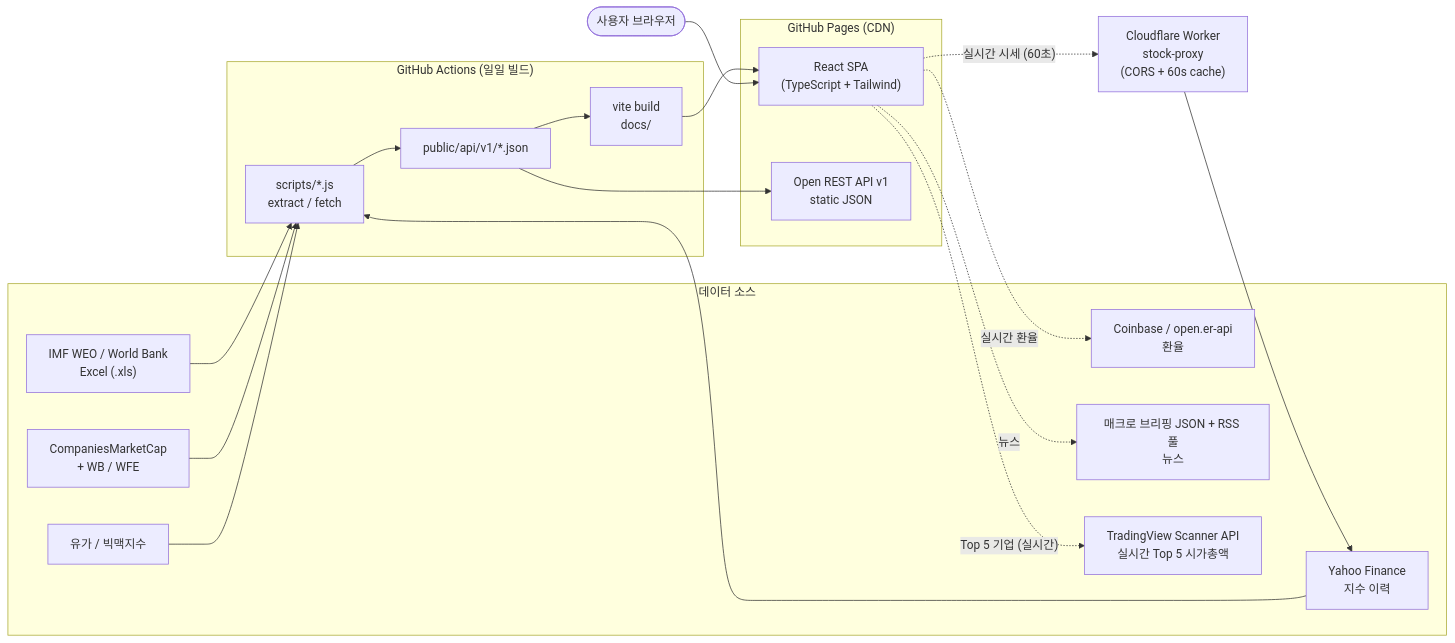
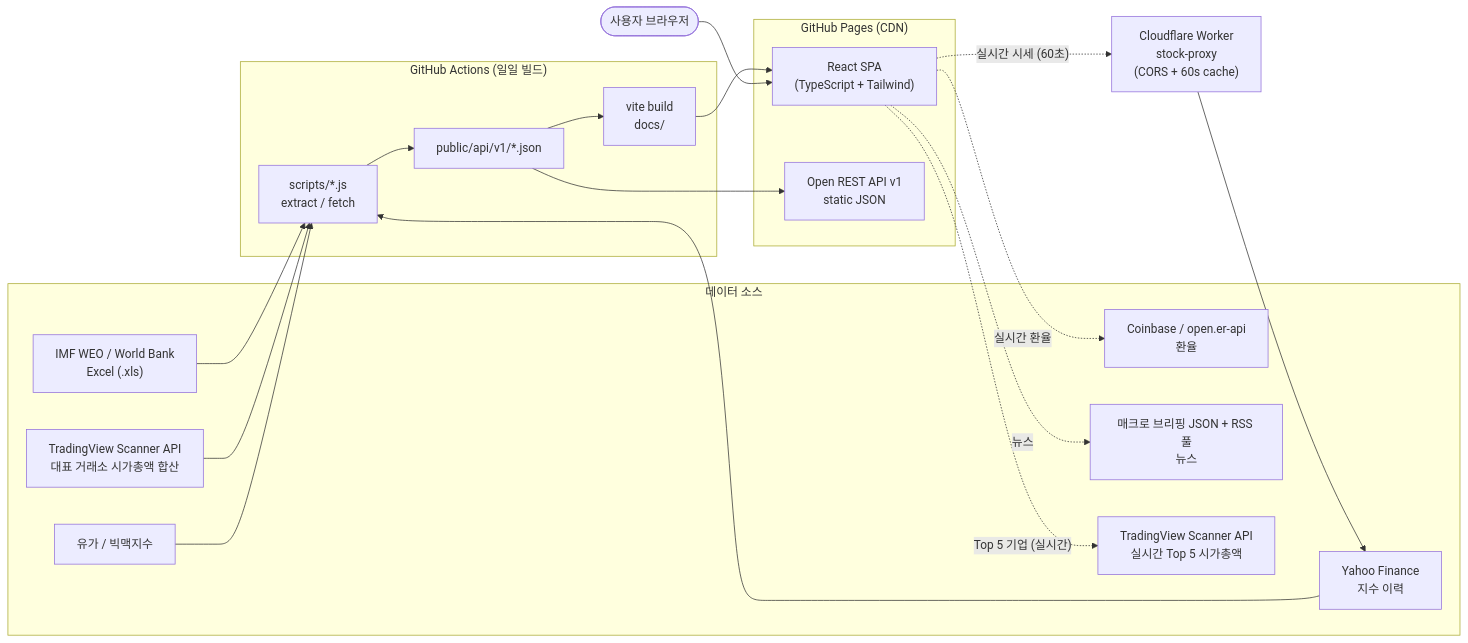
One commit to silverogic/geonomics changed the diagram in README.ko.md. Above: the diagram before and after it, drawn with Mermaid. The commit also changed other lines of this file and 6 other files, not shown here.

Commit message:
docs(market-cap): update READMEs, UI labels, and comments from WFE to TradingView

````diff
--- a/README.ko.md
+++ b/README.ko.md
@@ -115,40 +115,40 @@
 ```mermaid
 flowchart LR
   subgraph SRC["데이터 소스"]
     S1["IMF WEO / World Bank<br/>Excel (.xls)"]
     S2["Yahoo Finance<br/>지수 이력"]
-    S3["CompaniesMarketCap<br/>+ WB / WFE"]
+    S3["TradingView Scanner API<br/>대표 거래소 시가총액 합산"]
     S4["유가 / 빅맥지수"]
     S5["Coinbase / open.er-api<br/>환율"]
     S6["매크로 브리핑 JSON + RSS 풀<br/>뉴스"]
     S7["TradingView Scanner API<br/>실시간 Top 5 시가총액"]
   end
 
   subgraph CI["GitHub Actions (일일 빌드)"]
     P1["scripts/*.js<br/>extract / fetch"]
     P2["public/api/v1/*.json"]
     P3["vite build<br/>docs/"]
   end
 
   subgraph HOST["GitHub Pages (CDN)"]
     WEB["React SPA<br/>(TypeScript + Tailwind)"]
     API["Open REST API v1<br/>static JSON"]
   end
 
   W["Cloudflare Worker<br/>stock-proxy<br/>(CORS + 60s cache)"]
   U(["사용자 브라우저"])
 
   S1 --> P1
   S2 --> P1
   S3 --> P1
   S4 --> P1
   P1 --> P2 --> P3 --> WEB
   P2 --> API
 
   U --> WEB
   WEB -. "실시간 시세 (60초)" .-> W
   W --> S2
   WEB -. "실시간 환율" .-> S5
   WEB -. "뉴스" .-> S6
   WEB -. "Top 5 기업 (실시간)" .-> S7
 ```
````
